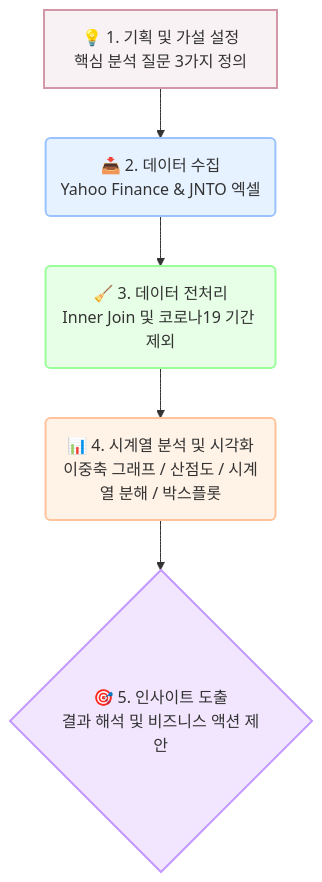
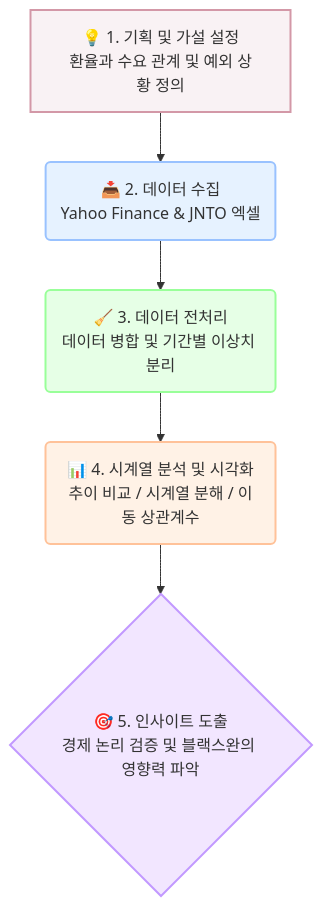
The diagram in README.md (mustiolla/japan-travel-analysis), drawn with Mermaid before and after one commit. The commit also changed other lines of this file and 6 other files, not shown here.

````diff
--- a/README.md
+++ b/README.md
@@ -9,14 +8,14 @@
 ```mermaid
 graph TD
-    A[💡 1. 기획 및 가설 설정<br>핵심 분석 질문 3가지 정의] --> B(📥 2. 데이터 수집<br>Yahoo Finance & JNTO 엑셀)
-    B --> C(🧹 3. 데이터 전처리<br>Inner Join 및 코로나19 기간 제외)
-    C --> D(📊 4. 시계열 분석 및 시각화<br>이중축 그래프 / 산점도 / 시계열 분해 / 박스플롯)
-    D --> E{🎯 5. 인사이트 도출<br>결과 해석 및 비즈니스 액션 제안}
+    A[💡 1. 기획 및 가설 설정<br>환율과 수요 관계 및 예외 상황 정의] --> B(📥 2. 데이터 수집<br>Yahoo Finance & JNTO 엑셀)
+    B --> C(🧹 3. 데이터 전처리<br>데이터 병합 및 기간별 이상치 분리)
+    C --> D(📊 4. 시계열 분석 및 시각화<br>추이 비교 / 시계열 분해 / 이동 상관계수)
+    D --> E{🎯 5. 인사이트 도출<br>경제 논리 검증 및 블랙스완의 영향력 파악}
 
     style A fill:#f9f2f4,stroke:#d398a7,stroke-width:2px
     style B fill:#e6f2ff,stroke:#99c2ff,stroke-width:2px
     style C fill:#e6ffe6,stroke:#99ff99,stroke-width:2px
     style D fill:#fff2e6,stroke:#ffc299,stroke-width:2px
     style E fill:#f2e6ff,stroke:#c299ff,stroke-width:2px
 
 ```
````
